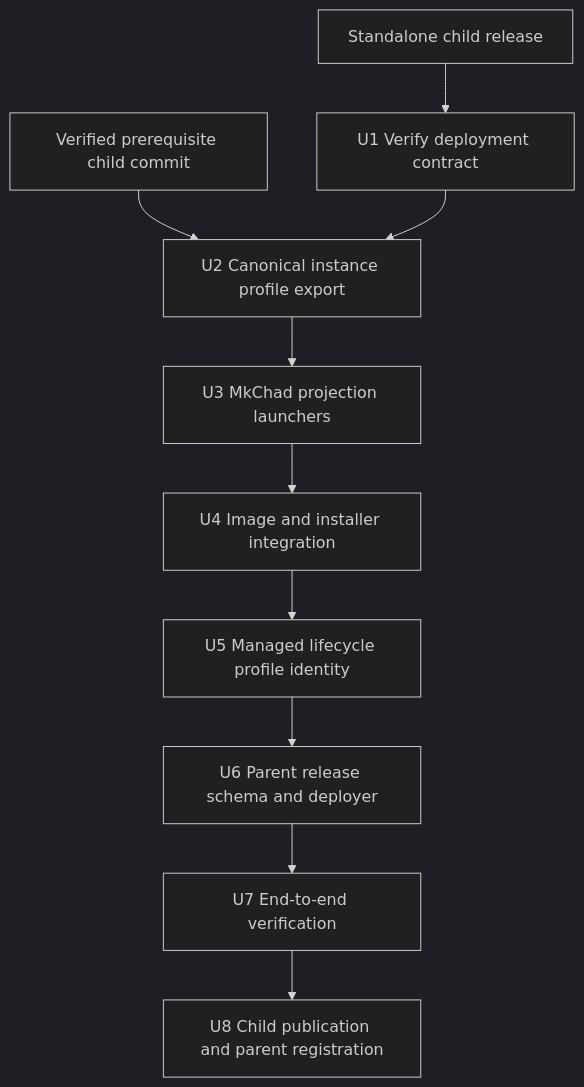
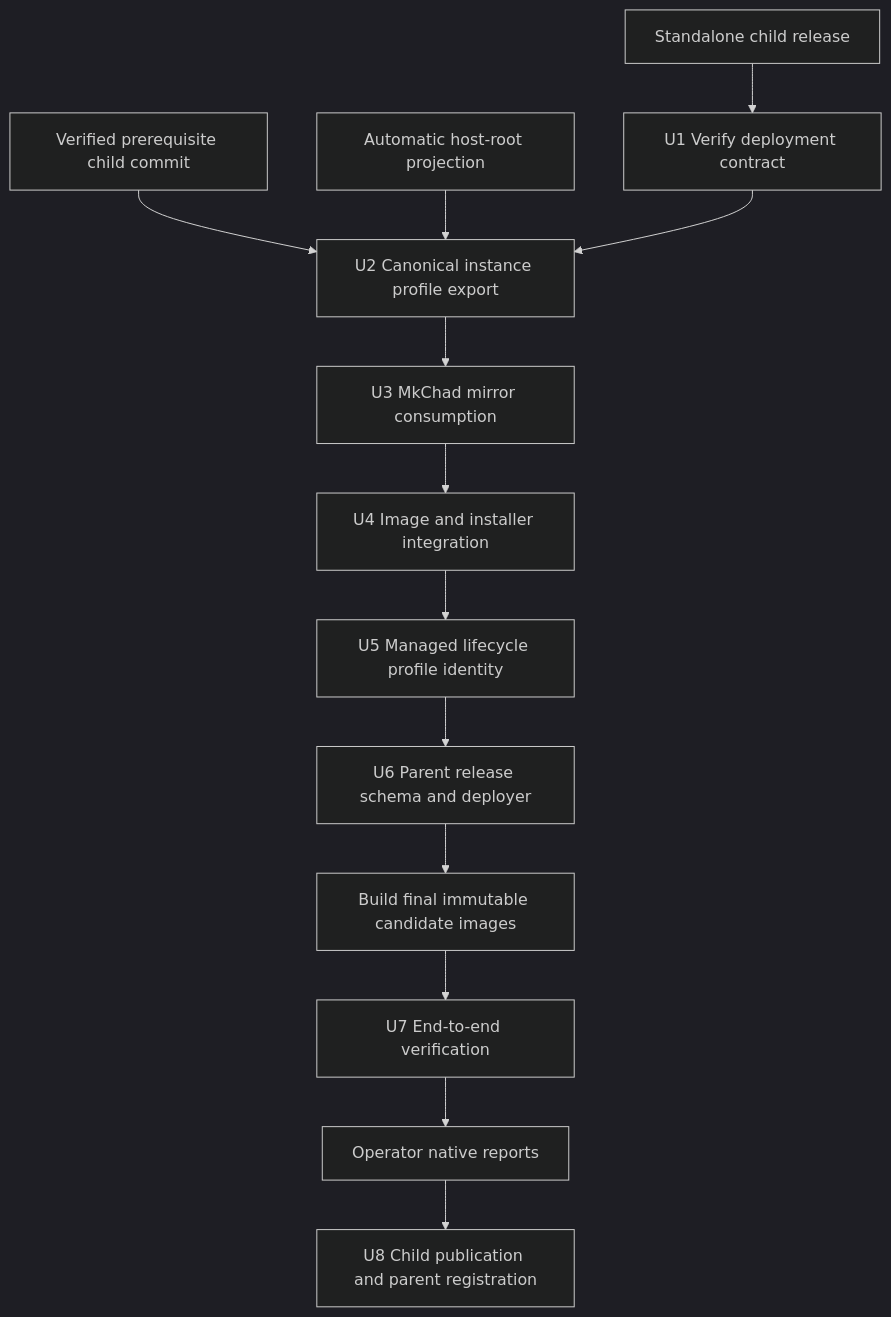
Before and after one commit to krafczyk/mkchad_dev: the second of 2 diagrams in docs/plans/2026-08-04-004-feat-mkchad-host-bridge-integration-plan.md, drawn with Mermaid (dark theme). The commit also changed other lines of this file and 1 other file, not shown here.

First line of the commit message:
docs(plans): record automatic host projection

````diff
--- a/docs/plans/2026-08-04-004-feat-mkchad-host-bridge-integration-plan.md
+++ b/docs/plans/2026-08-04-004-feat-mkchad-host-bridge-integration-plan.md
@@ -308,12 +331,15 @@
 ```mermaid
 flowchart TB
   P2[Standalone child release] --> U1[U1 Verify deployment contract]
   P1[Verified prerequisite child commit] --> U2[U2 Canonical instance profile export]
+  P0[Automatic host-root projection] --> U2
   U1 --> U2
-  U2 --> U3[U3 MkChad projection launchers]
+  U2 --> U3[U3 MkChad mirror consumption]
   U3 --> U4[U4 Image and installer integration]
   U4 --> U5[U5 Managed lifecycle profile identity]
   U5 --> U6[U6 Parent release schema and deployer]
-  U6 --> U7[U7 End-to-end verification]
-  U7 --> U8[U8 Child publication and parent registration]
+  U6 --> IMAGE[Build final immutable candidate images]
+  IMAGE --> U7[U7 End-to-end verification]
+  U7 --> HOST[Operator native reports]
+  HOST --> U8[U8 Child publication and parent registration]
 ```
````
